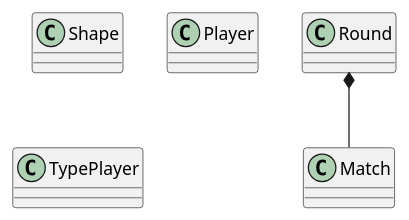
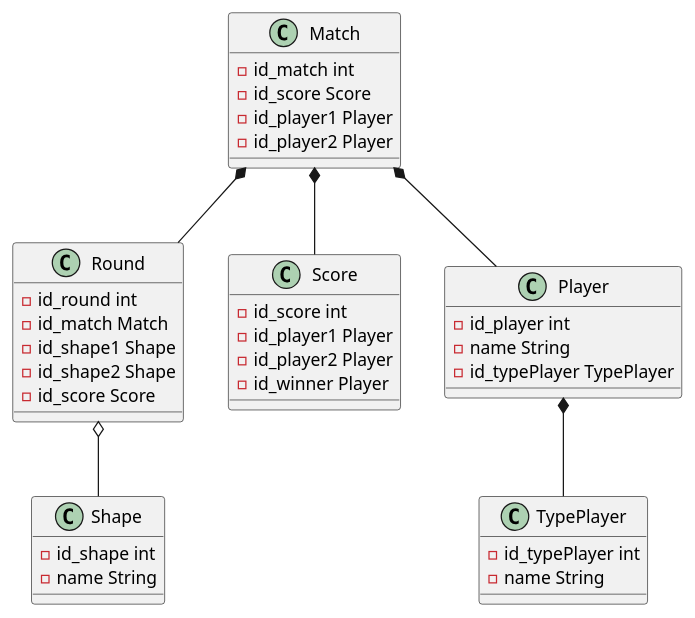
The diagram in doc/model-diagram.puml (ederramos01/rock-paper-scissors), drawn with PlantUML before and after one commit. The commit also changed 1 other file, not shown here.

Commit message:
model-diagram updated

```diff
--- a/doc/model-diagram.puml
+++ b/doc/model-diagram.puml
@@ -1,26 +1,47 @@
 @startuml
 
 class Round {
-
+    -id_round int
+    -id_match Match
+    -id_shape1 Shape
+    -id_shape2 Shape
+    -id_score Score
 }
 
 class Match {
+    -id_match int
+    -id_score Score
+    -id_player1 Player
+    -id_player2 Player
+}
 
+class Score {
+    -id_score int
+    -id_player1 Player
+    -id_player2 Player
+    -id_winner Player
 }
 
 class Shape {
-
+    -id_shape int
+    -name String
 }
 
 class Player{
-
+    -id_player int
+    -name String
+    -id_typePlayer TypePlayer
 }
 
 class TypePlayer {
-
+    -id_typePlayer int
+    -name String
 }
 
-Round *-- Match
-
+Match *-- Round
+Match *-- Player
+Round o-- Shape
+Player *-- TypePlayer
+Match *-- Score 
 
 @enduml
```
